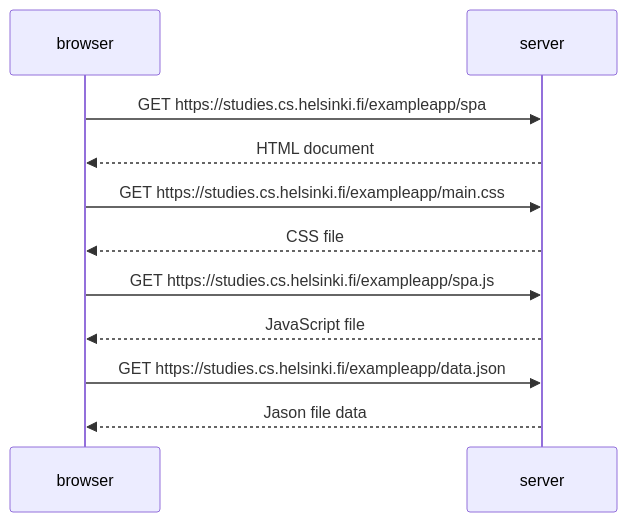
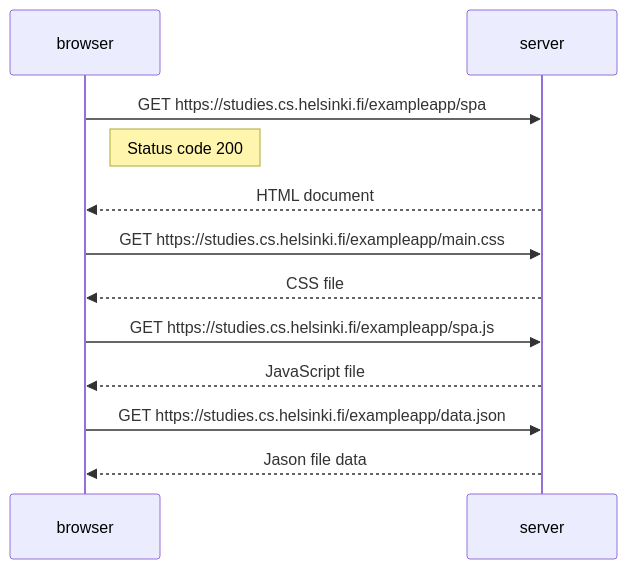
Before and after one commit to hartonenolli/fullstack: the second of 3 diagrams in Osa0/README.md, drawn with Mermaid. The commit also changed other lines of this file, not shown here.

````diff
--- a/Osa0/README.md
+++ b/Osa0/README.md
@@ -19,11 +18,12 @@
 ```mermaid
 sequenceDiagram
     browser->>server: GET https://studies.cs.helsinki.fi/exampleapp/spa
+    Note right of browser: Status code 200
     server-->>browser: HTML document
     browser->>server: GET https://studies.cs.helsinki.fi/exampleapp/main.css
     server-->>browser: CSS file
     browser->>server: GET https://studies.cs.helsinki.fi/exampleapp/spa.js
     server-->>browser: JavaScript file
     browser->>server: GET https://studies.cs.helsinki.fi/exampleapp/data.json
     server-->>browser: Jason file data
 ```
````
